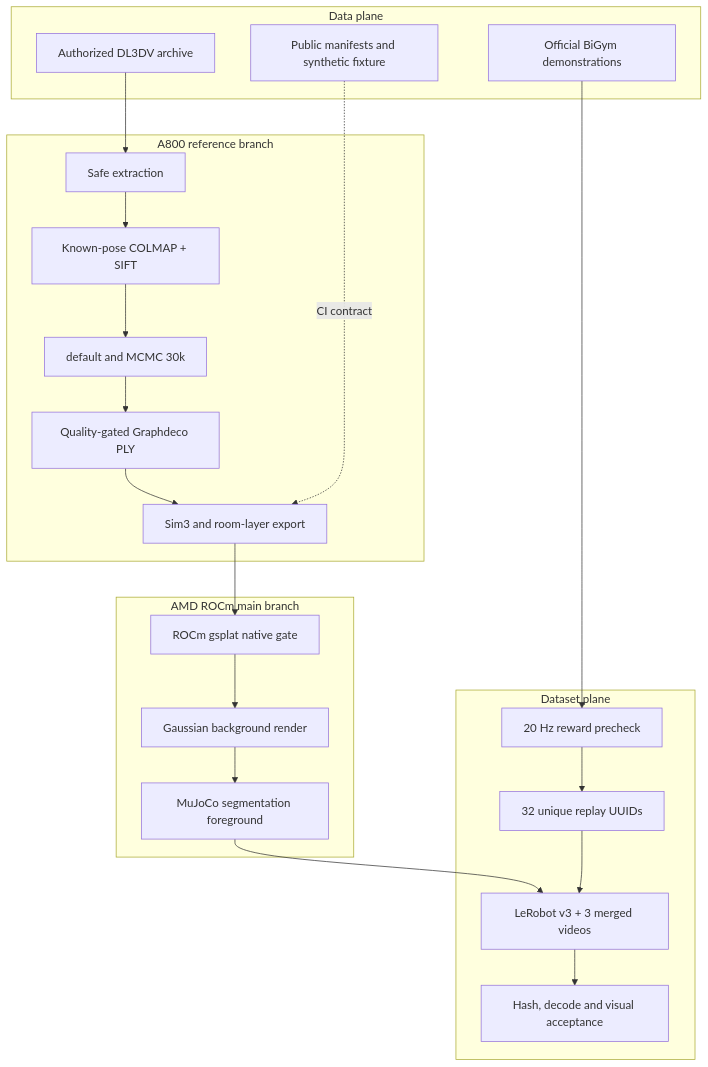
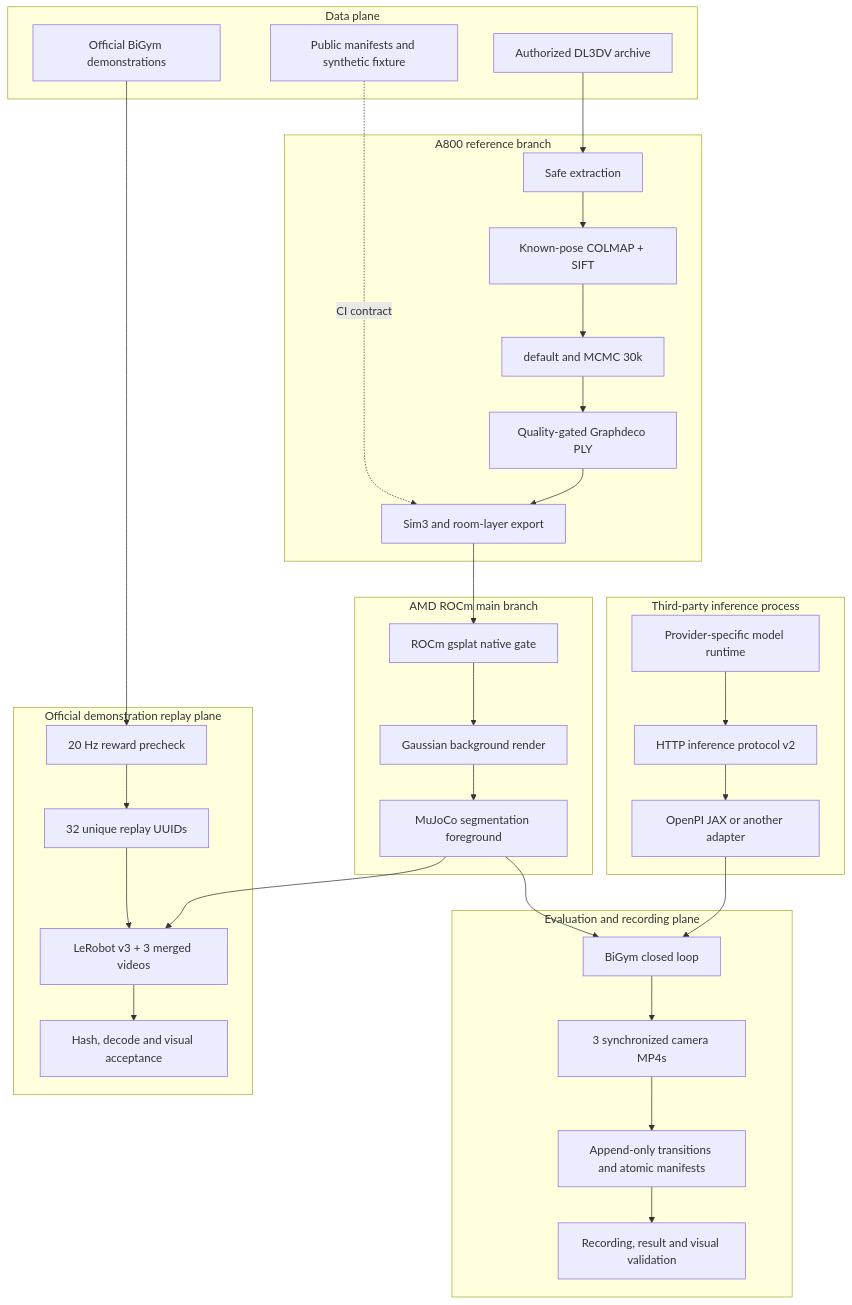
The diagram in docs/architecture/end-to-end.md (eust-w/amd-bigym-3dgs-rocm), drawn with Mermaid before and after one commit. The commit also changed other lines of this file and 54 other files, not shown here.

````diff
--- a/docs/architecture/end-to-end.md
+++ b/docs/architecture/end-to-end.md
@@ -3,36 +3,51 @@
 ```mermaid
 flowchart TB
   subgraph Data[Data plane]
     D1[Authorized DL3DV archive]
     D2[Official BiGym demonstrations]
     D3[Public manifests and synthetic fixture]
   end
 
   subgraph Reconstruction[A800 reference branch]
     R1[Safe extraction]
     R2[Known-pose COLMAP + SIFT]
     R3[default and MCMC 30k]
     R4[Quality-gated Graphdeco PLY]
     R5[Sim3 and room-layer export]
   end
 
   subgraph Runtime[AMD ROCm main branch]
     A1[ROCm gsplat native gate]
     A2[Gaussian background render]
     A3[MuJoCo segmentation foreground]
   end
 
-  subgraph Collection[Dataset plane]
+  subgraph Inference[Third-party inference process]
+    I1[Provider-specific model runtime]
+    I2[HTTP inference protocol v2]
+    I3[OpenPI JAX or another adapter]
+  end
+
+  subgraph Evaluation[Evaluation and recording plane]
+    E1[BiGym closed loop]
+    E2[3 synchronized camera MP4s]
+    E3[Append-only transitions and atomic manifests]
+    E4[Recording, result and visual validation]
+  end
+
+  subgraph Collection[Official demonstration replay plane]
     C1[20 Hz reward precheck]
     C2[32 unique replay UUIDs]
     C3[LeRobot v3 + 3 merged videos]
     C4[Hash, decode and visual acceptance]
   end
 
   D1 --> R1 --> R2 --> R3 --> R4 --> R5
   R5 --> A1 --> A2 --> A3
+  I1 --> I2 --> I3 --> E1
+  A3 --> E1 --> E2 --> E3 --> E4
   D2 --> C1 --> C2
   A3 --> C3
   C2 --> C3 --> C4
   D3 -. CI contract .-> R5
 ```
````
